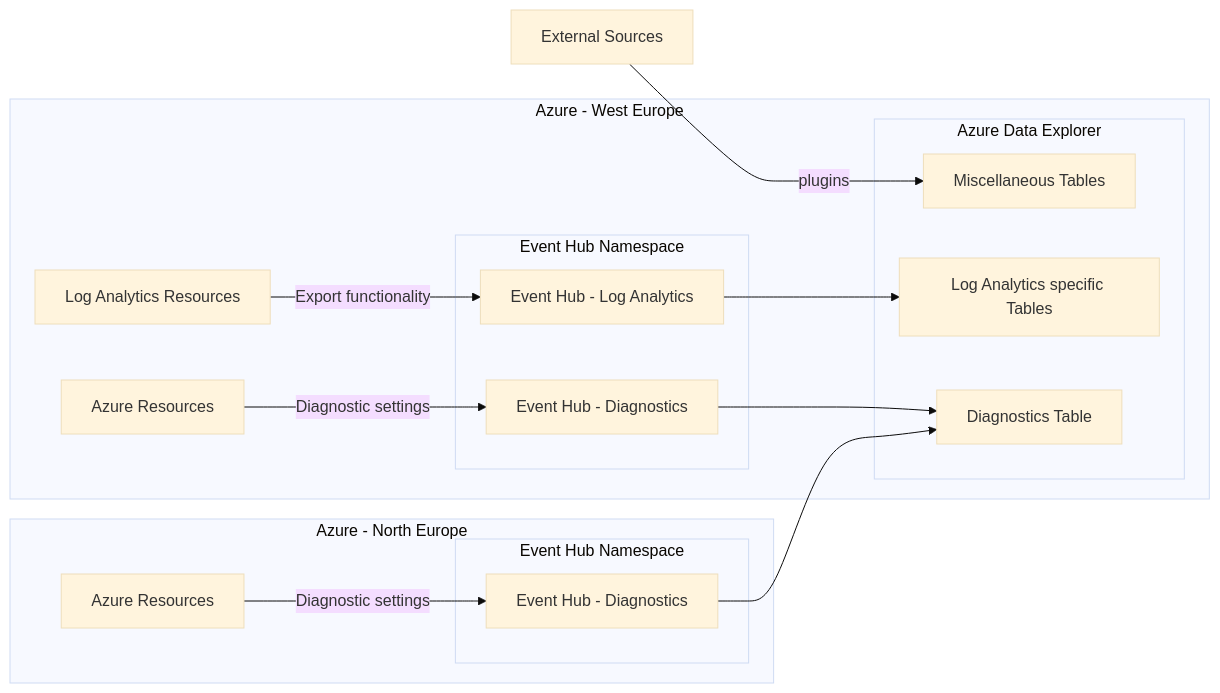
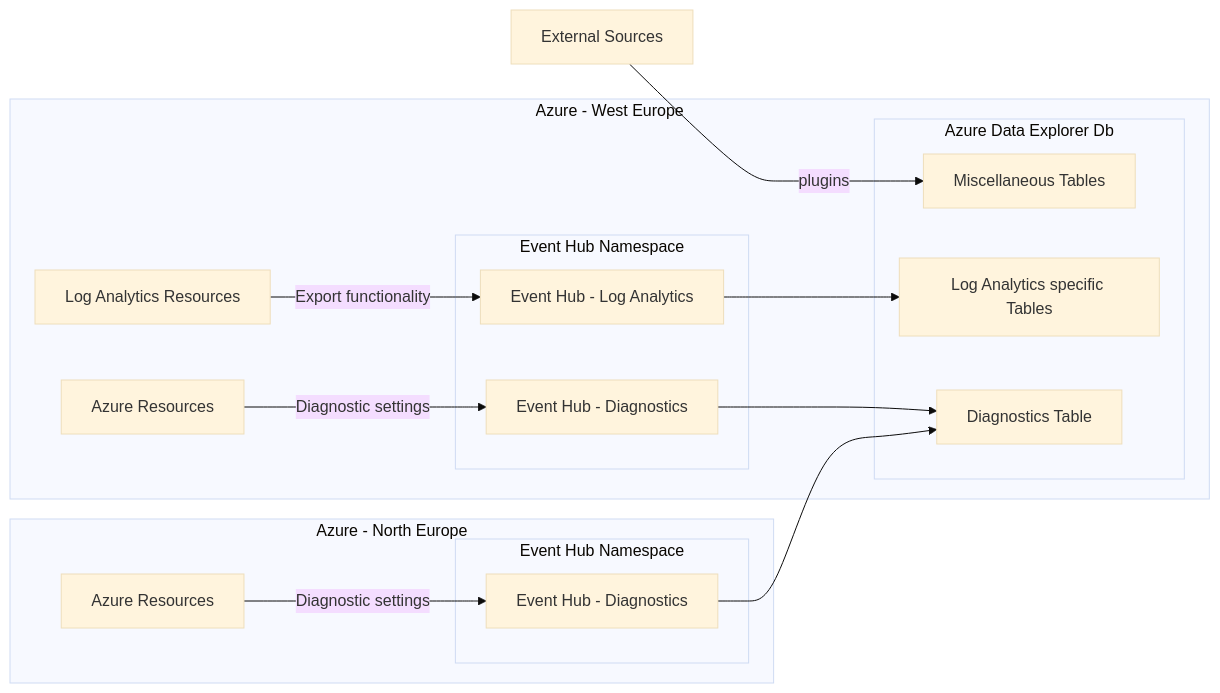
Before and after one commit to erwinkramer/kusto-event-hub-law: the diagram in README.md, drawn with Mermaid (base theme).

````diff
--- a/README.md
+++ b/README.md
@@ -24,37 +24,37 @@
 ```mermaid
 flowchart LR
 
 ext[External Sources]
 ext -- plugins --> misctable
 
 subgraph Azure - West Europe
     reslaweu[Log Analytics Resources]
     resweu[Azure Resources]
 
     subgraph Event Hub Namespace
         evhlaweu[Event Hub - Log Analytics]
         evhdiweu[Event Hub - Diagnostics]
     end
 
     
-    subgraph Azure Data Explorer
+    subgraph Azure Data Explorer Db
         lawtable[Log Analytics specific Tables]
         diagtable[Diagnostics Table]
         misctable[Miscellaneous Tables]
     end
 
     reslaweu--Export functionality-->evhlaweu-->lawtable
 
     resweu--Diagnostic settings-->evhdiweu-->diagtable
 end
     
 subgraph Azure - North Europe
     resneu[Azure Resources]
 
     subgraph Event Hub Namespace
         evhdineu[Event Hub - Diagnostics]
     end
 
     resneu--Diagnostic settings-->evhdineu-->diagtable
 end
 ```
````
